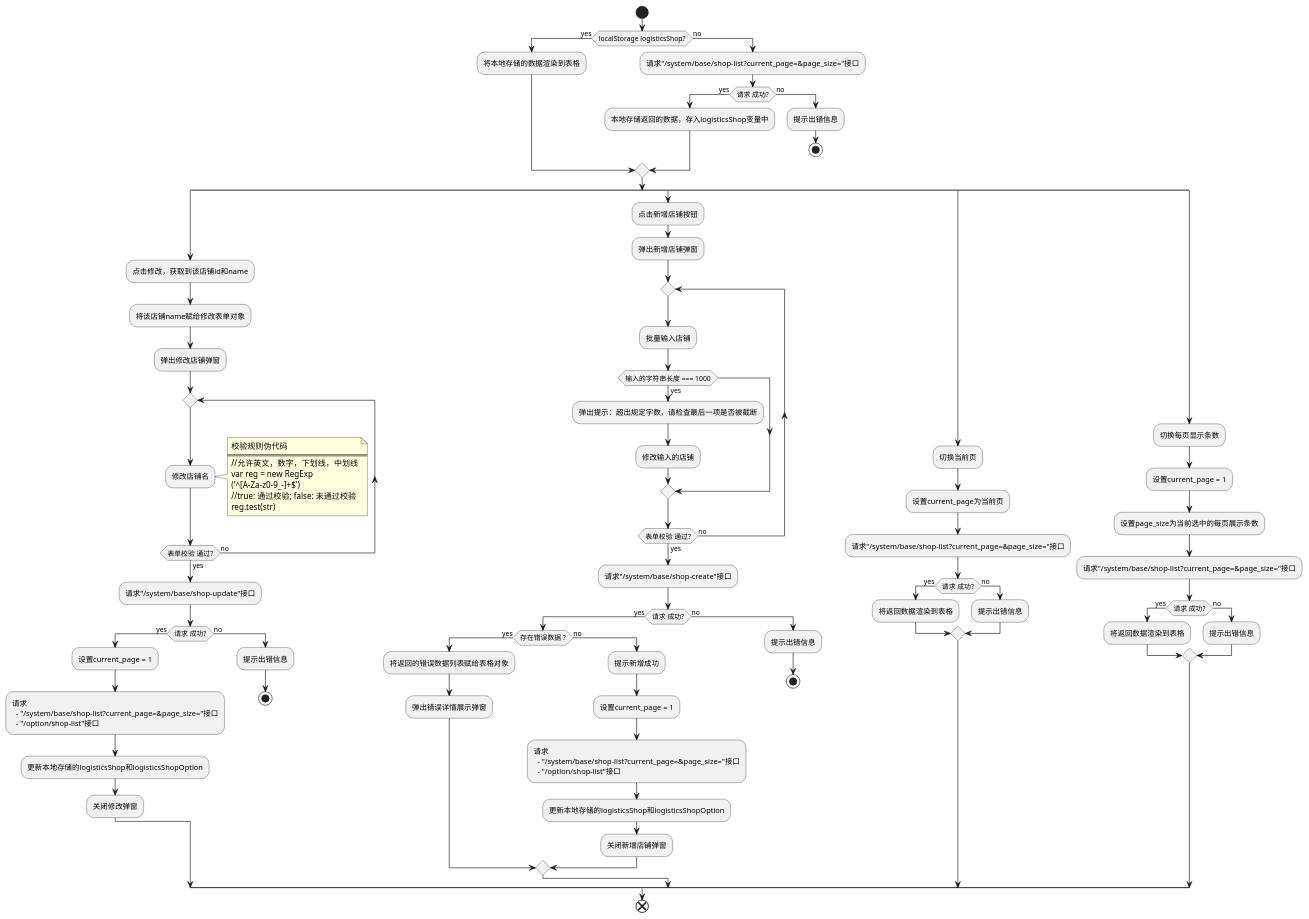
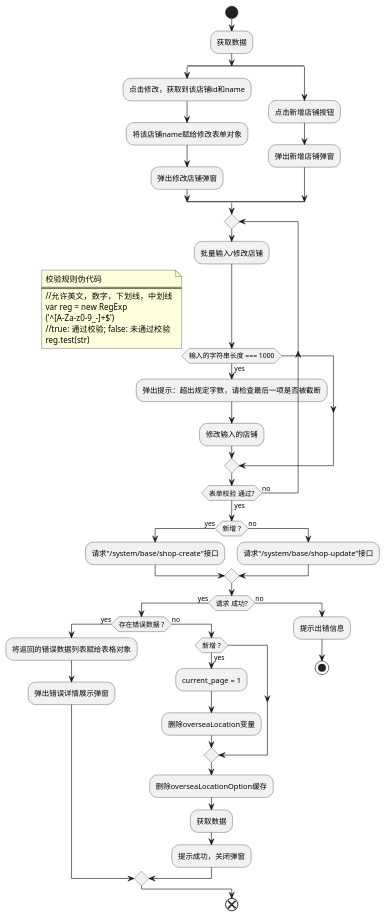
The diagram in docs/development-flow-diagram.puml/system/get-shop-list.puml (futurekidult/lis), drawn with PlantUML before and after one commit. The commit also changed 4 other files, not shown here.

```diff
--- a/docs/development-flow-diagram.puml/system/get-shop-list.puml
+++ b/docs/development-flow-diagram.puml/system/get-shop-list.puml
@@ -1,93 +1,53 @@
 @startuml
 
 start
-if(localStorage logisticsShop?) then (yes)
-  :将本地存储的数据渲染到表格;
-else (no)
-  :请求"/system/base/shop-list?current_page=&page_size="接口;
-  if(请求 成功?) then (yes)
-    :本地存储返回的数据，存入logisticsShop变量中;
-  else (no)
-    :提示出错信息;
-    stop
-  endif
-endif
+:获取数据;
 split
   :点击修改，获取到该店铺id和name;
   :将该店铺name赋给修改表单对象;
   :弹出修改店铺弹窗;
-  repeat
-    :修改店铺名;
+split again
+  :点击新增店铺按钮;
+  :弹出新增店铺弹窗;
+end split
+ repeat
+    :批量输入/修改店铺;
+    if(输入的字符串长度 === 1000) then (yes)
+      :弹出提示：超出规定字数，请检查最后一项是否被截断;
+      :修改输入的店铺;
+    endif
   repeat while(表单校验 通过?) is (no) not (yes)
   note right 
     校验规则伪代码
     ====
     //允许英文，数字，下划线，中划线
     var reg = new RegExp
     ('^[A-Za-z0-9_-]+$')  
     //true: 通过校验; false: 未通过校验
     reg.test(str)  
   end note
-  :请求"/system/base/shop-update"接口;
-  if(请求 成功?) then (yes)
-    :设置current_page = 1;
-    :请求
-      - "/system/base/shop-list?current_page=&page_size="接口
-      - "/option/shop-list"接口;
-    :更新本地存储的logisticsShop和logisticsShopOption;
-    :关闭修改弹窗;
+  if(新增 ?) then (yes)
+    :请求"/system/base/shop-create"接口;
   else (no)
-    :提示出错信息;
-    stop
-  endif 
-split again
-  :点击新增店铺按钮;
-  :弹出新增店铺弹窗;
-  repeat
-    :批量输入店铺;
-    if(输入的字符串长度 === 1000) then (yes)
-      :弹出提示：超出规定字数，请检查最后一项是否被截断;
-      :修改输入的店铺;
-    endif
-  repeat while(表单校验 通过?) is (no) not (yes)
-  :请求"/system/base/shop-create"接口;
+    :请求"/system/base/shop-update"接口;
+  endif
   if(请求 成功?) then (yes)
     if(存在错误数据 ?) then (yes)
       :将返回的错误数据列表赋给表格对象;
       :弹出错误详情展示弹窗;
     else (no)
-      :提示新增成功;
-      :设置current_page = 1;
-      :请求
-        - "/system/base/shop-list?current_page=&page_size="接口
-        - "/option/shop-list"接口;
-      :更新本地存储的logisticsShop和logisticsShopOption;
-      :关闭新增店铺弹窗;
-    endif
+      if(新增 ?) then (yes)
+        :current_page = 1;
+        :删除overseaLocation变量;
+      endif
+       :删除overseaLocationOption缓存;
+      :获取数据;
+      :提示成功，关闭弹窗;
+      endif
   else (no)
     :提示出错信息;
     stop
   endif
-split again
-  :切换当前页;
-  :设置current_page为当前页;
-  :请求"/system/base/shop-list?current_page=&page_size="接口;
-  if(请求 成功?) then (yes)
-    :将返回数据渲染到表格;
-  else (no)
-    :提示出错信息;
-  endif
-split again 
-  :切换每页显示条数;
-  :设置current_page = 1;
-  :设置page_size为当前选中的每页展示条数;
-  :请求"/system/base/shop-list?current_page=&page_size="接口;
-  if(请求 成功?) then (yes)
-    :将返回数据渲染到表格;
-  else (no)
-    :提示出错信息;
-  endif
-end split
 end
 
 @enduml
```
